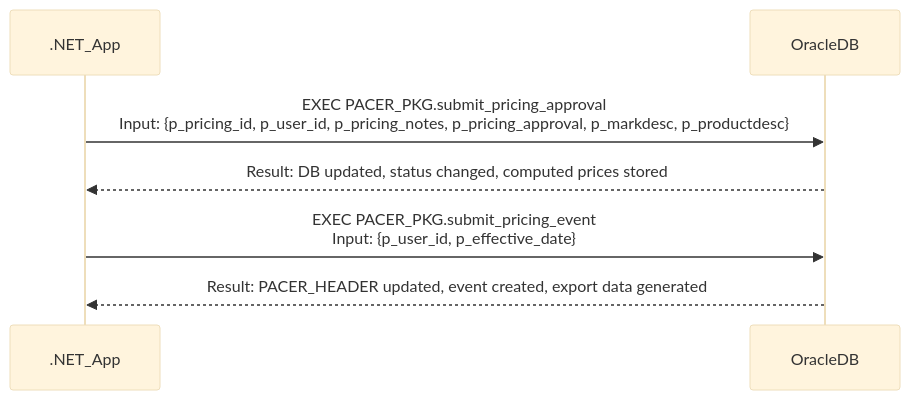
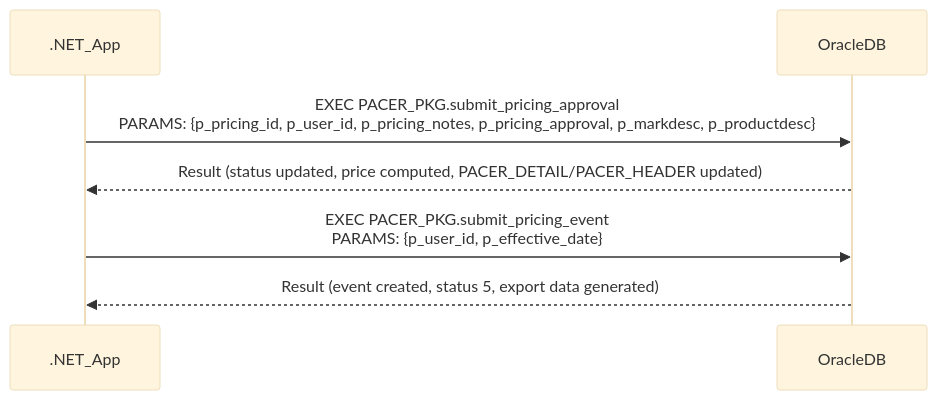
The second of 4 diagrams in README.md (saniyakapur39/shopping-cart-app-inputs-outputs), drawn with Mermaid (base theme) before and after one commit. The commit also changed other lines of this file, not shown here.

````diff
--- a/README.md
+++ b/README.md
@@ -145,9 +161,9 @@
 ```mermaid
 sequenceDiagram
 participant .NET_App
 participant OracleDB
-.NET_App->>OracleDB: EXEC PACER_PKG.submit_pricing_approval<br/>Input: {p_pricing_id, p_user_id, p_pricing_notes, p_pricing_approval, p_markdesc, p_productdesc}
-OracleDB-->>.NET_App: Result: DB updated, status changed, computed prices stored
-.NET_App->>OracleDB: EXEC PACER_PKG.submit_pricing_event<br/>Input: {p_user_id, p_effective_date}
-OracleDB-->>.NET_App: Result: PACER_HEADER updated, event created, export data generated
+.NET_App->>OracleDB: EXEC PACER_PKG.submit_pricing_approval<br/>PARAMS: {p_pricing_id, p_user_id, p_pricing_notes, p_pricing_approval, p_markdesc, p_productdesc}
+OracleDB-->>.NET_App: Result (status updated, price computed, PACER_DETAIL/PACER_HEADER updated)
+.NET_App->>OracleDB: EXEC PACER_PKG.submit_pricing_event<br/>PARAMS: {p_user_id, p_effective_date}
+OracleDB-->>.NET_App: Result (event created, status 5, export data generated)
 ```
````
